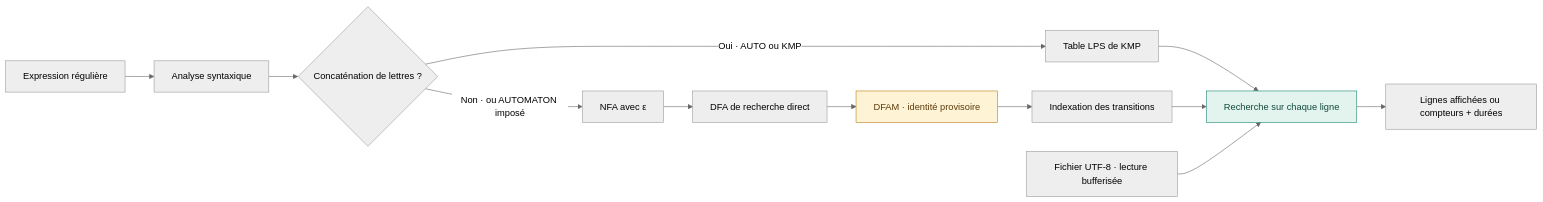
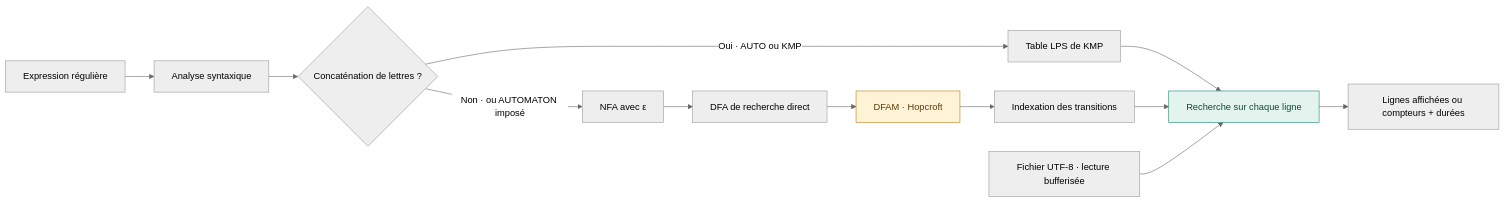
Before and after one commit to YahyaMudallal/regex-search: the diagram in README.md, drawn with Mermaid (neutral theme). The commit also changed other lines of this file and 17 other files, not shown here.

````diff
--- a/README.md
+++ b/README.md
@@ -90,16 +102,16 @@
 ```mermaid
 flowchart LR
     R["Expression régulière"] --> P["Analyse syntaxique"]
     P --> C{"Concaténation de lettres ?"}
     C -->|"Oui · AUTO ou KMP"| K["Table LPS de KMP"]
     C -->|"Non · ou AUTOMATON imposé"| N["NFA avec ε"]
     N --> D["DFA de recherche direct"]
-    D --> M["DFAM · identité provisoire"]
+    D --> M["DFAM · Hopcroft"]
     M --> S["Indexation des transitions"]
     K --> L["Recherche sur chaque ligne"]
     S --> L
     F["Fichier UTF-8 · lecture bufferisée"] --> L
     L --> O["Lignes affichées ou compteurs + durées"]
     style M fill:#fff3d6,stroke:#ba7b13,color:#5b3c0a
     style L fill:#e3f4ef,stroke:#16866b,color:#124a3b
 ```
````
